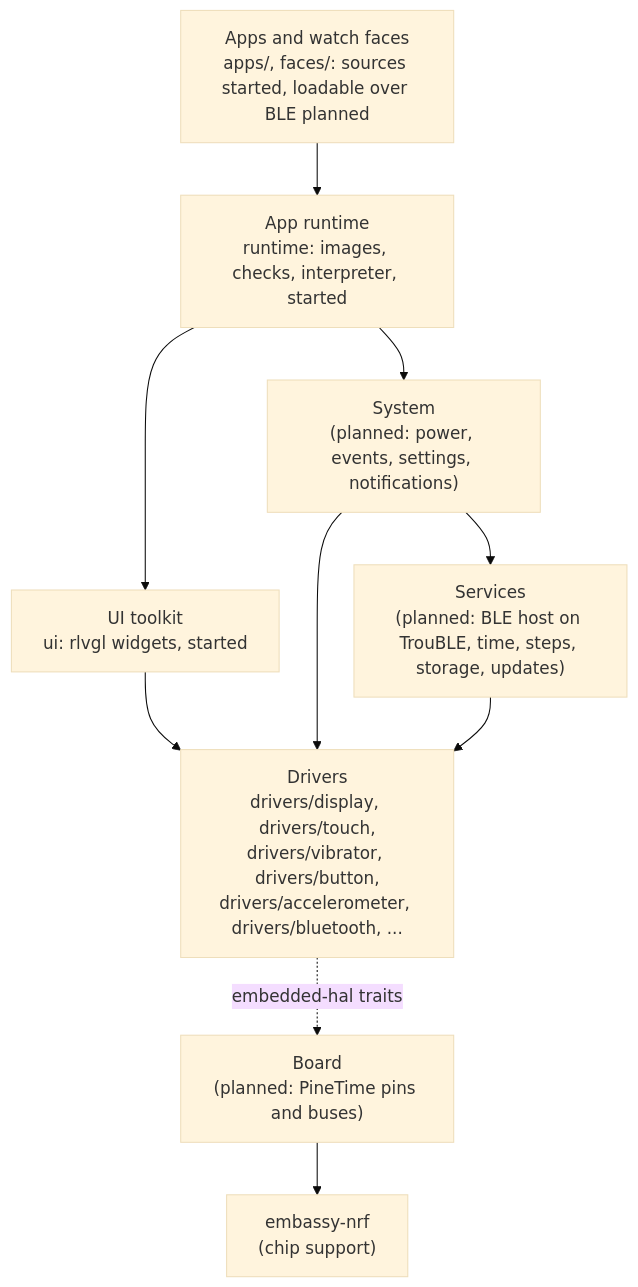
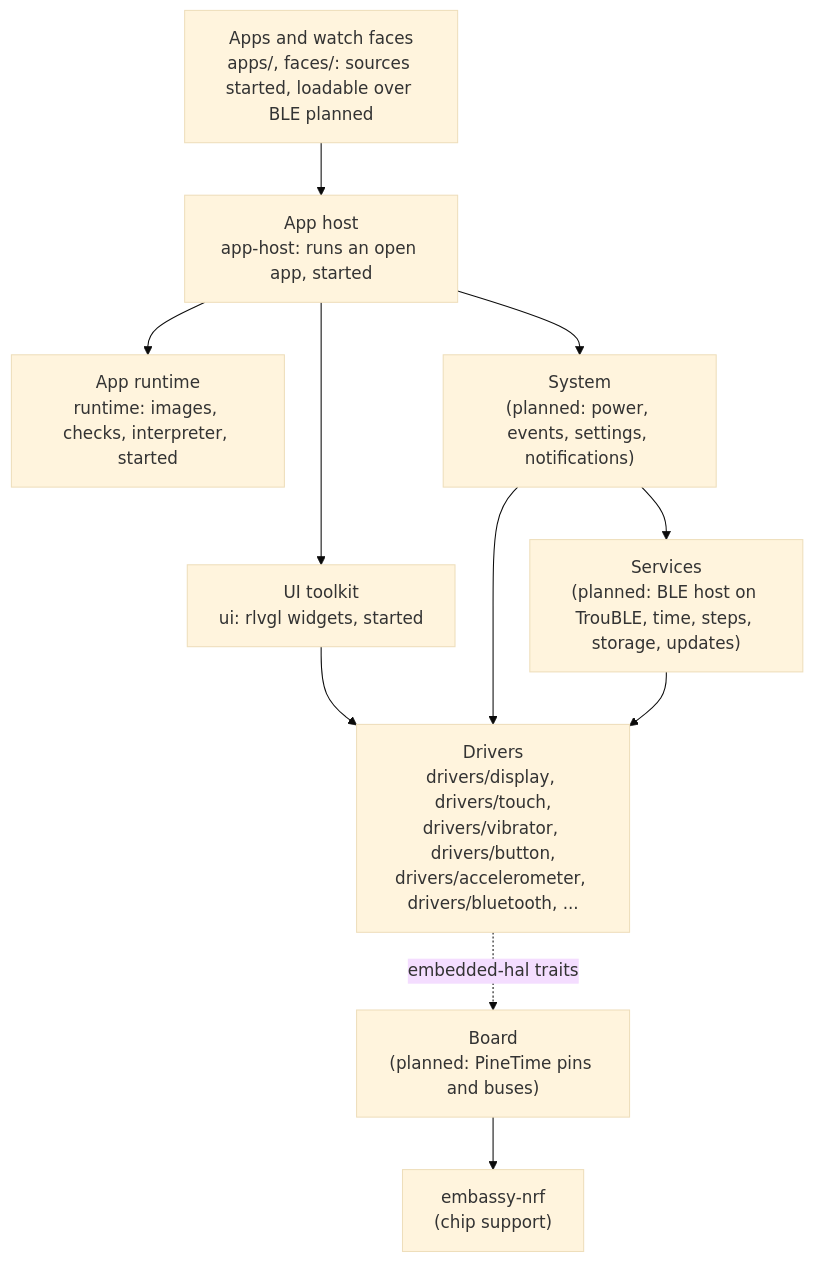
The diagram in docs/architecture.md (BeatLink/BattleTime), drawn with Mermaid (base theme) before and after one commit. The commit also changed other lines of this file and 19 other files, not shown here.

First line of the commit message:
feat(app-host): run apps: build rlvgl screens, dispatch touches, redraw on change and time

````diff
--- a/docs/architecture.md
+++ b/docs/architecture.md
@@ -28,21 +28,23 @@
 ```mermaid
 flowchart TB
     apps["Apps and watch faces<br/>apps/, faces/: sources started, loadable over BLE planned"]
+    host["App host<br/>app-host: runs an open app, started"]
     runtime["App runtime<br/>runtime: images, checks, interpreter, started"]
     ui["UI toolkit<br/>ui: rlvgl widgets, started"]
     system["System<br/>(planned: power, events, settings, notifications)"]
     services["Services<br/>(planned: BLE host on TrouBLE, time, steps, storage, updates)"]
     drivers["Drivers<br/>drivers/display, drivers/touch,<br/>drivers/vibrator, drivers/button,<br/>drivers/accelerometer, drivers/bluetooth, ..."]
     board["Board<br/>(planned: PineTime pins and buses)"]
     hal["embassy-nrf<br/>(chip support)"]
 
-    apps --> runtime
-    runtime --> ui
-    runtime --> system
+    apps --> host
+    host --> runtime
+    host --> ui
+    host --> system
     ui --> drivers
     system --> services
     system --> drivers
     services --> drivers
     drivers -. embedded-hal traits .-> board
     board --> hal
 ```
````
